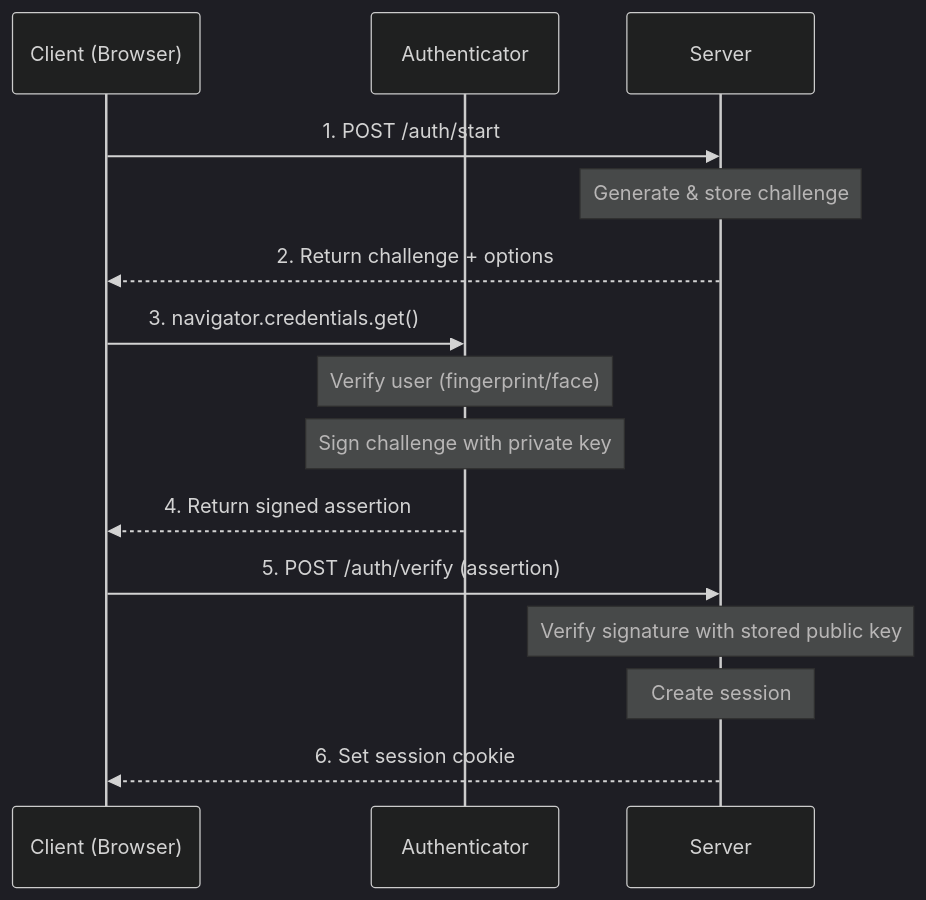
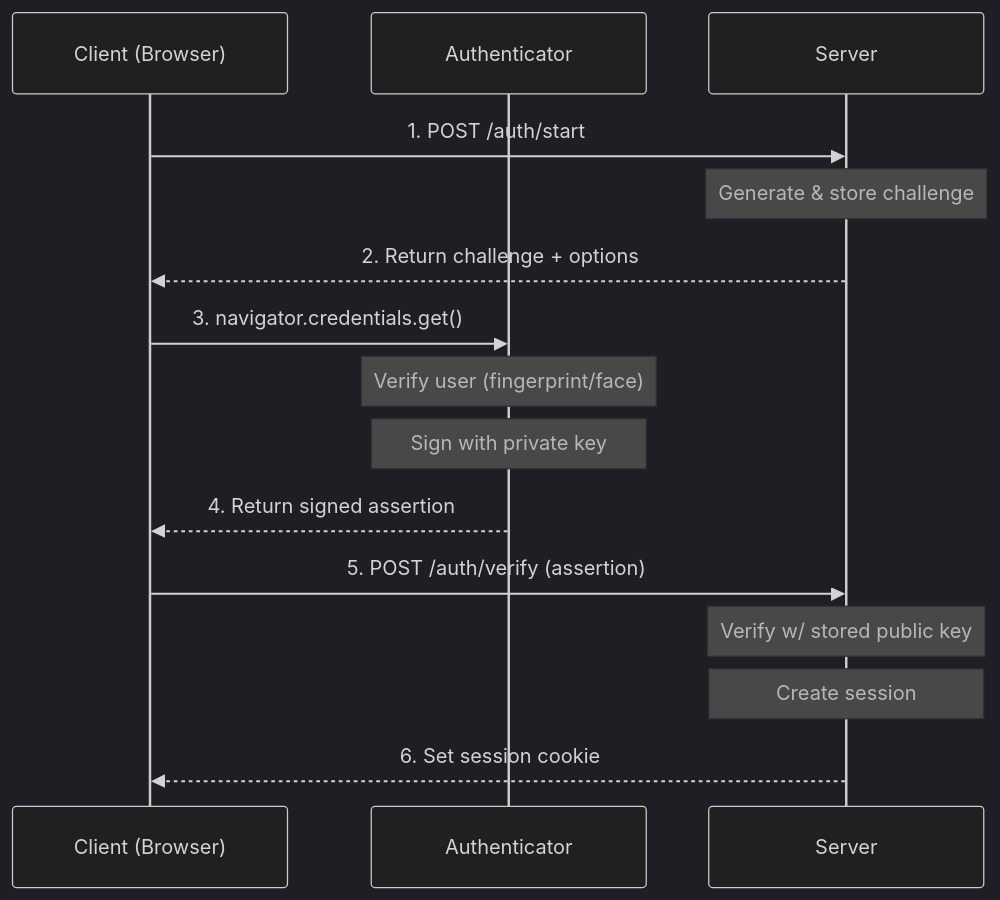
Before and after one commit to ktaka-ccmp/oauth2-passkey-talks: the diagram in 2026-03-31-tokyo-rust/diagrams/passkey-flow.mmd, drawn with Mermaid (dark theme). The commit also changed 9 other files, not shown here.

```diff
--- a/2026-03-31-tokyo-rust/diagrams/passkey-flow.mmd
+++ b/2026-03-31-tokyo-rust/diagrams/passkey-flow.mmd
@@ -1,18 +1,19 @@
+%%{init: {'sequence': {'width': 220}}}%%
 sequenceDiagram
     participant C as Client (Browser)
     participant A as Authenticator
     participant S as Server
 
     C->>S: 1. POST /auth/start
     Note over S: Generate & store challenge
     S-->>C: 2. Return challenge + options
 
     C->>A: 3. navigator.credentials.get()
     Note over A: Verify user (fingerprint/face)
-    Note over A: Sign challenge with private key
+    Note over A: Sign with private key
     A-->>C: 4. Return signed assertion
 
     C->>S: 5. POST /auth/verify (assertion)
-    Note over S: Verify signature with stored public key
+    Note over S: Verify w/ stored public key
     Note over S: Create session
     S-->>C: 6. Set session cookie
```
